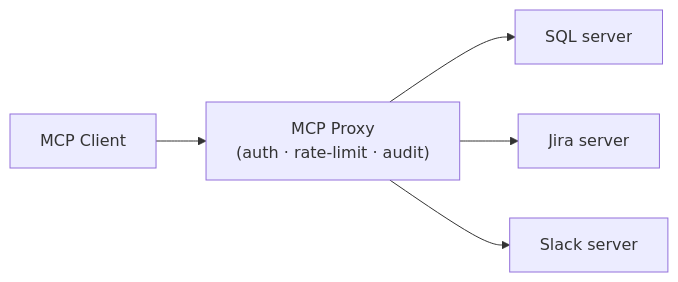
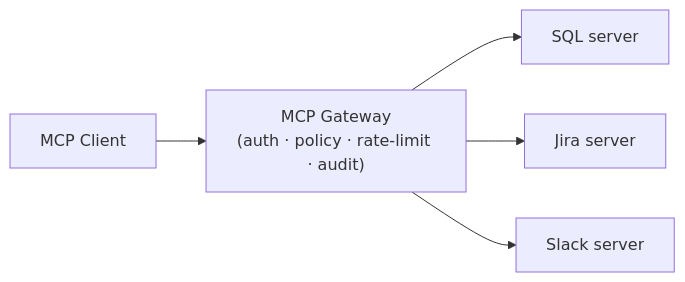
Before and after one commit to sawanruparel/applied-ai-course: the diagram in lectures/week09-mcp-servers/25-Deployment.md, drawn with Mermaid. The commit also changed other lines of this file and 65 other files, not shown here.

````diff
--- a/lectures/week09-mcp-servers/25-Deployment.md
+++ b/lectures/week09-mcp-servers/25-Deployment.md
@@ -52,7 +52,7 @@
 ```mermaid
 flowchart LR
-    C[MCP Client] --> P["MCP Proxy<br/>(auth · rate-limit · audit)"]
+    C[MCP Client] --> P["MCP Gateway<br/>(auth · policy · rate-limit · audit)"]
     P --> S1[SQL server]
     P --> S2[Jira server]
     P --> S3[Slack server]
 ```
````
